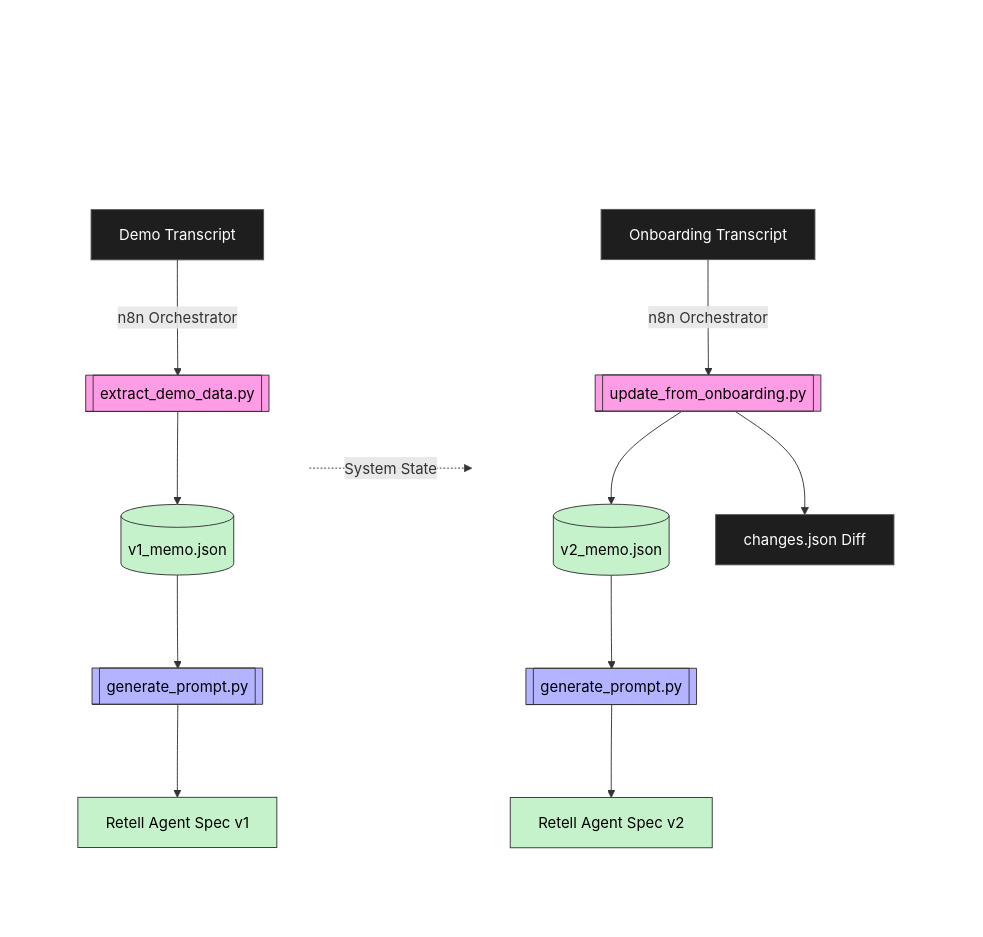
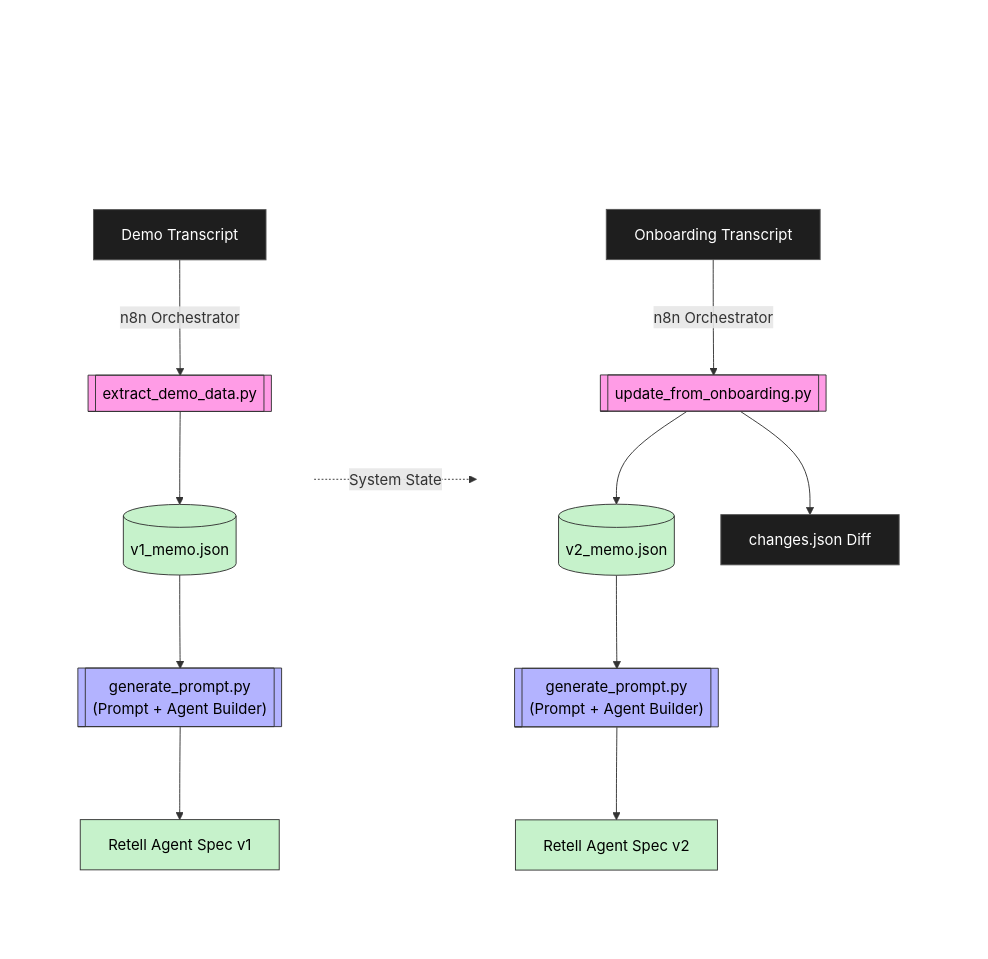
The second of 2 diagrams in README.md (Soumik-R/clara-agent-pipeline), drawn with Mermaid before and after one commit.

````diff
--- a/README.md
+++ b/README.md
@@ -145,42 +145,42 @@
 ```mermaid
 graph TD
     %% Custom Styles
     classDef darkNode fill:#1E1E1E,stroke:#555,stroke-width:1px,color:#fff;
     classDef scriptPink fill:#ff9ce6,stroke:#333,stroke-width:1px,color:#000;
     classDef scriptBlue fill:#b3b3ff,stroke:#333,stroke-width:1px,color:#000;
     classDef dataGreen fill:#c6f2cb,stroke:#333,stroke-width:1px,color:#000;
     classDef invis fill:transparent,stroke:none,color:transparent;
 
     subgraph Wrapper [ ]
         direction LR
         
         %% Demo Phase
         subgraph DemoPhase ["Pipeline A: Demo Call"]
             direction TD
             Spacer1[ ]:::invis ~~~ A[Demo Transcript]:::darkNode
             A -->|n8n Orchestrator| B[[extract_demo_data.py]]:::scriptPink
             B --> C[(v1_memo.json)]:::dataGreen
-            C --> D[[generate_prompt.py]]:::scriptBlue
+            C --> D[["generate_prompt.py\n(Prompt + Agent Builder)"]]:::scriptBlue
             D --> E[Retell Agent Spec v1]:::dataGreen
         end
 
         %% Onboarding Phase
         subgraph OnboardingPhase ["Pipeline B: Onboarding Update"]
             direction TD
             Spacer2[ ]:::invis ~~~ F[Onboarding Transcript]:::darkNode
             F -->|n8n Orchestrator| G[[update_from_onboarding.py]]:::scriptPink
             G --> H[(v2_memo.json)]:::dataGreen
             G --> I[changes.json Diff]:::darkNode
-            H --> J[[generate_prompt.py]]:::scriptBlue
+            H --> J[["generate_prompt.py\n(Prompt + Agent Builder)"]]:::scriptBlue
             J --> K[Retell Agent Spec v2]:::dataGreen
         end
     end
     
     %% Cross-pipeline state connection
     C -. "System State" .-> G
     
     %% Make Subgraph Backgrounds Transparent
     style Wrapper fill:transparent,stroke:none;
     style DemoPhase fill:transparent,stroke:none,color:#fff;
     style OnboardingPhase fill:transparent,stroke:none,color:#fff;
 ```
````
